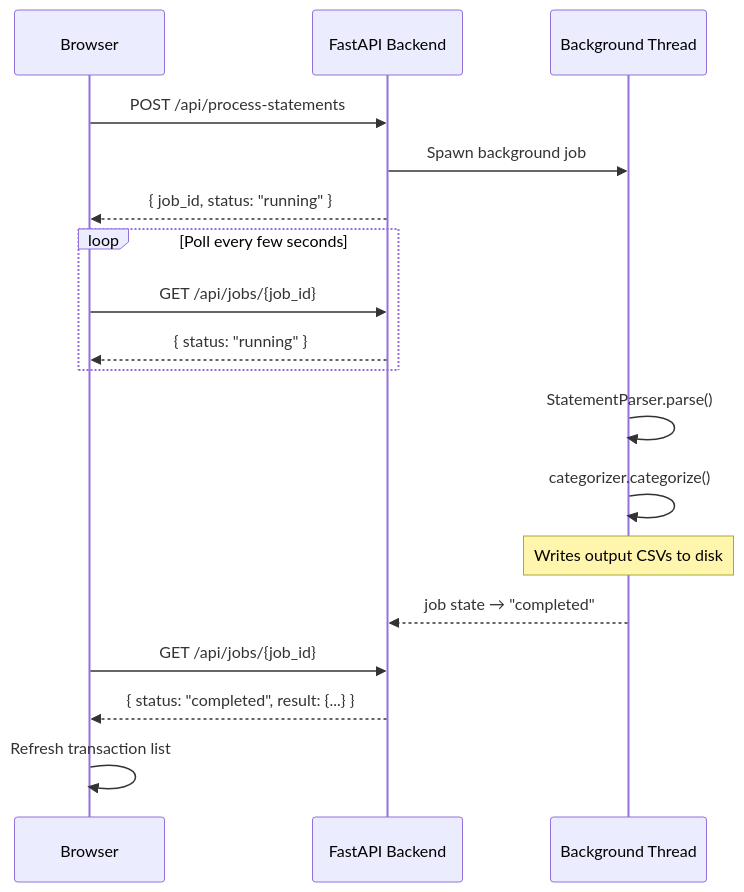
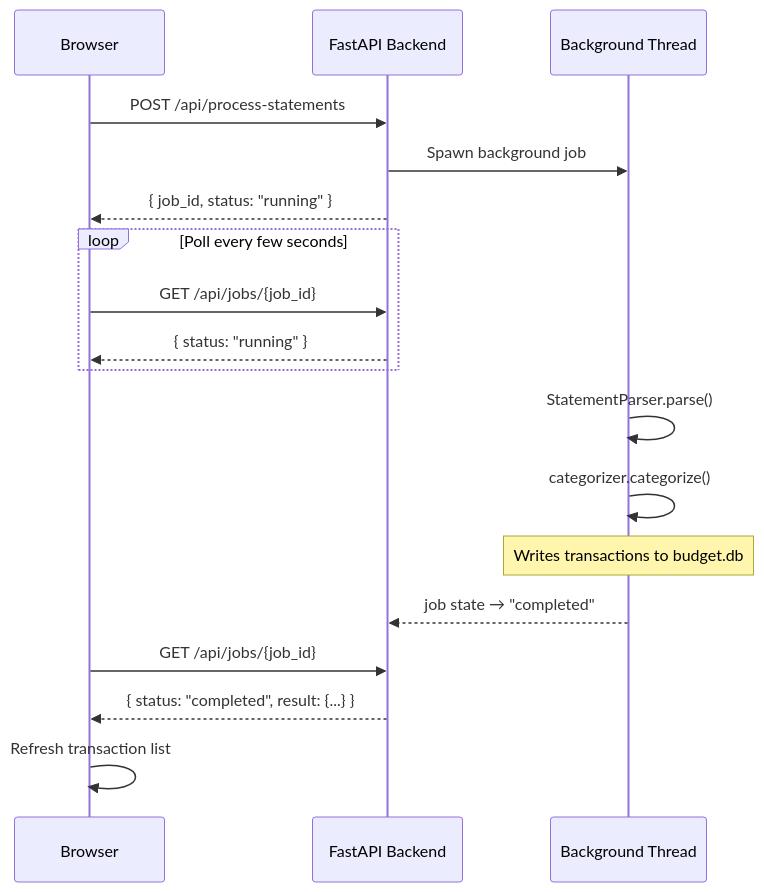
One commit to Saminator28/AutomatedBudgeting changed the second of 2 diagrams in docs/ARCHITECTURE.md. Above: the diagram before and after it, drawn with Mermaid. The commit also changed other lines of this file and 38 other files, not shown here.

````diff
--- a/docs/ARCHITECTURE.md
+++ b/docs/ARCHITECTURE.md
@@ -185,24 +181,24 @@
 ```mermaid
 sequenceDiagram
     participant Browser
     participant API as FastAPI Backend
     participant Thread as Background Thread
 
     Browser->>API: POST /api/process-statements
     API->>Thread: Spawn background job
     API-->>Browser: { job_id, status: "running" }
 
     loop Poll every few seconds
         Browser->>API: GET /api/jobs/{job_id}
         API-->>Browser: { status: "running" }
     end
 
     Thread->>Thread: StatementParser.parse()
     Thread->>Thread: categorizer.categorize()
-    Note over Thread: Writes output CSVs to disk
+    Note over Thread: Writes transactions to budget.db
     Thread-->>API: job state → "completed"
 
     Browser->>API: GET /api/jobs/{job_id}
     API-->>Browser: { status: "completed", result: {...} }
     Browser->>Browser: Refresh transaction list
 ```
````
